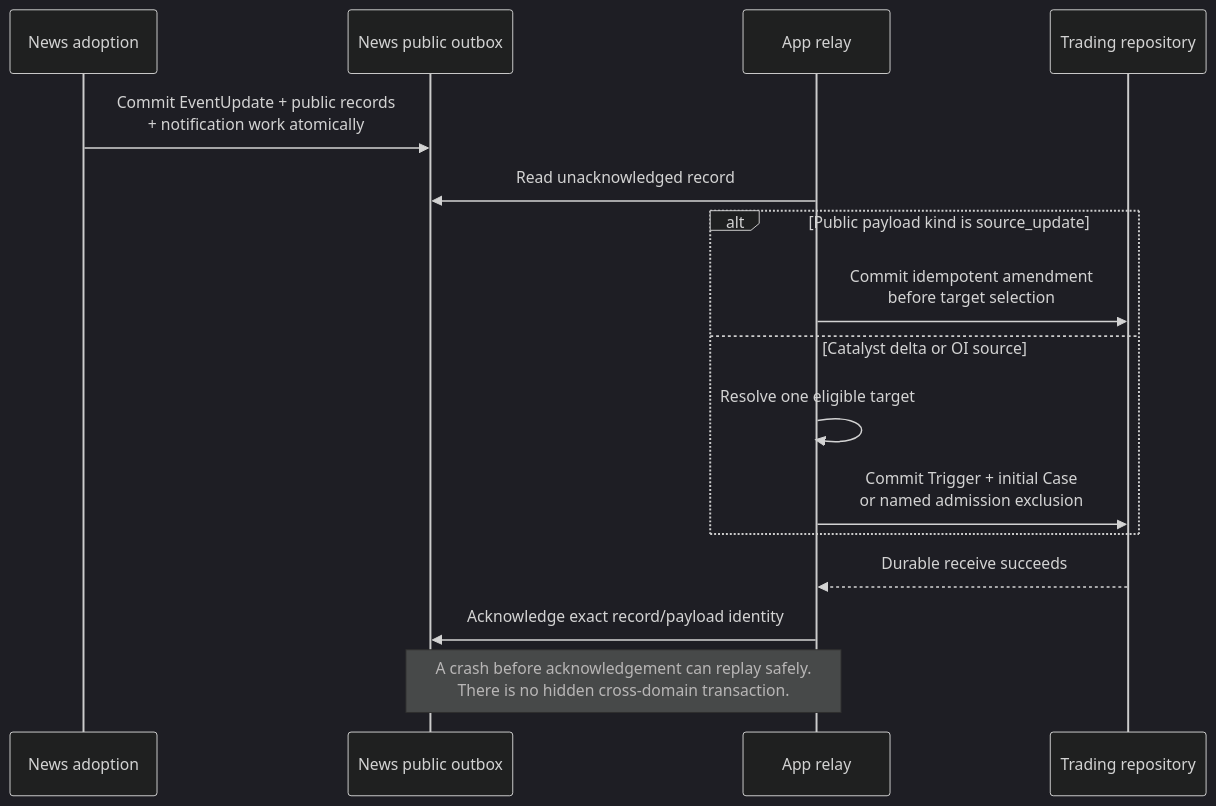
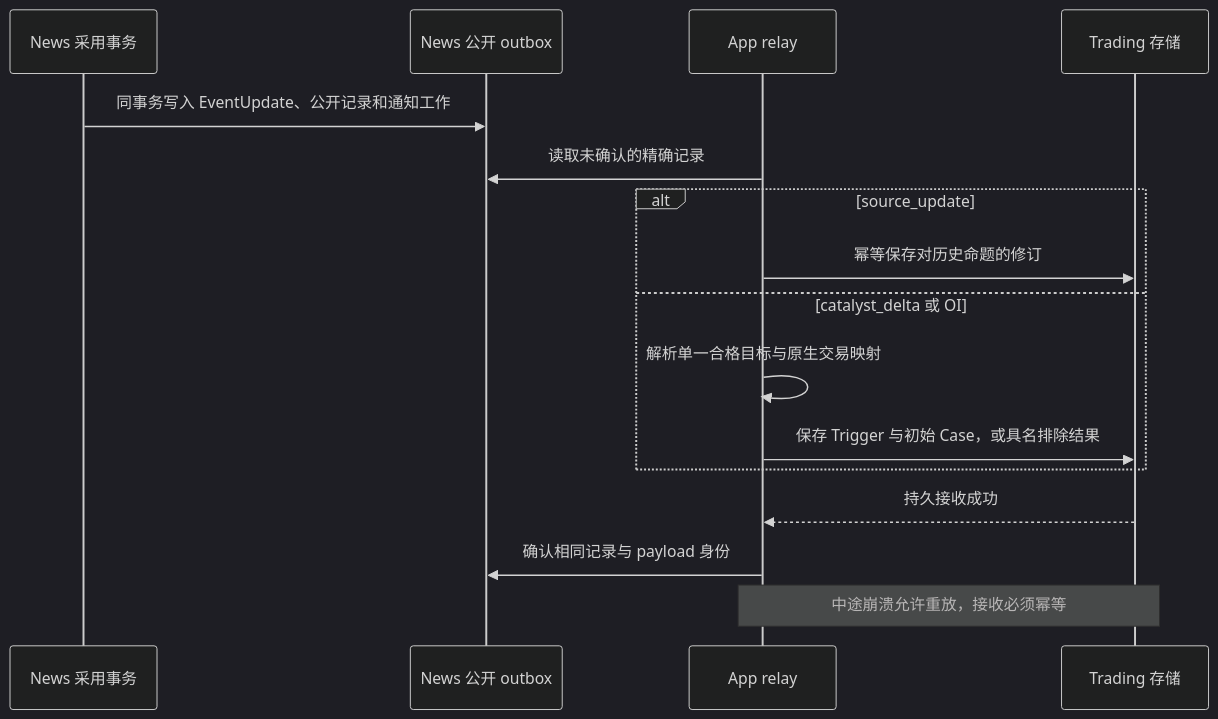
The third of 4 diagrams in docs/ARCHITECTURE.md (AnalyThothAI/tracefold), drawn with Mermaid (dark theme) before and after one commit. The commit also changed other lines of this file and 28 other files, not shown here.

Commit message:
docs: rebuild the Chinese architecture and module handbook

````diff
--- a/docs/ARCHITECTURE.md
+++ b/docs/ARCHITECTURE.md
@@ -91,18 +89,18 @@
 ```mermaid
 sequenceDiagram
-    participant N as News adoption
-    participant O as News public outbox
+    participant N as News 采用事务
+    participant O as News 公开 outbox
     participant A as App relay
-    participant T as Trading repository
-    N->>O: Commit EventUpdate + public records<br/>+ notification work atomically
-    A->>O: Read unacknowledged record
-    alt Public payload kind is source_update
-        A->>T: Commit idempotent amendment<br/>before target selection
-    else Catalyst delta or OI source
-        A->>A: Resolve one eligible target
-        A->>T: Commit Trigger + initial Case<br/>or named admission exclusion
+    participant T as Trading 存储
+    N->>O: 同事务写入 EventUpdate、公开记录和通知工作
+    A->>O: 读取未确认的精确记录
+    alt source_update
+        A->>T: 幂等保存对历史命题的修订
+    else catalyst_delta 或 OI
+        A->>A: 解析单一合格目标与原生交易映射
+        A->>T: 保存 Trigger 与初始 Case，或具名排除结果
     end
-    T-->>A: Durable receive succeeds
-    A->>O: Acknowledge exact record/payload identity
-    Note over A,O: A crash before acknowledgement can replay safely.<br/>There is no hidden cross-domain transaction.
+    T-->>A: 持久接收成功
+    A->>O: 确认相同记录与 payload 身份
+    Note over A,T: 中途崩溃允许重放，接收必须幂等
 ```
````
